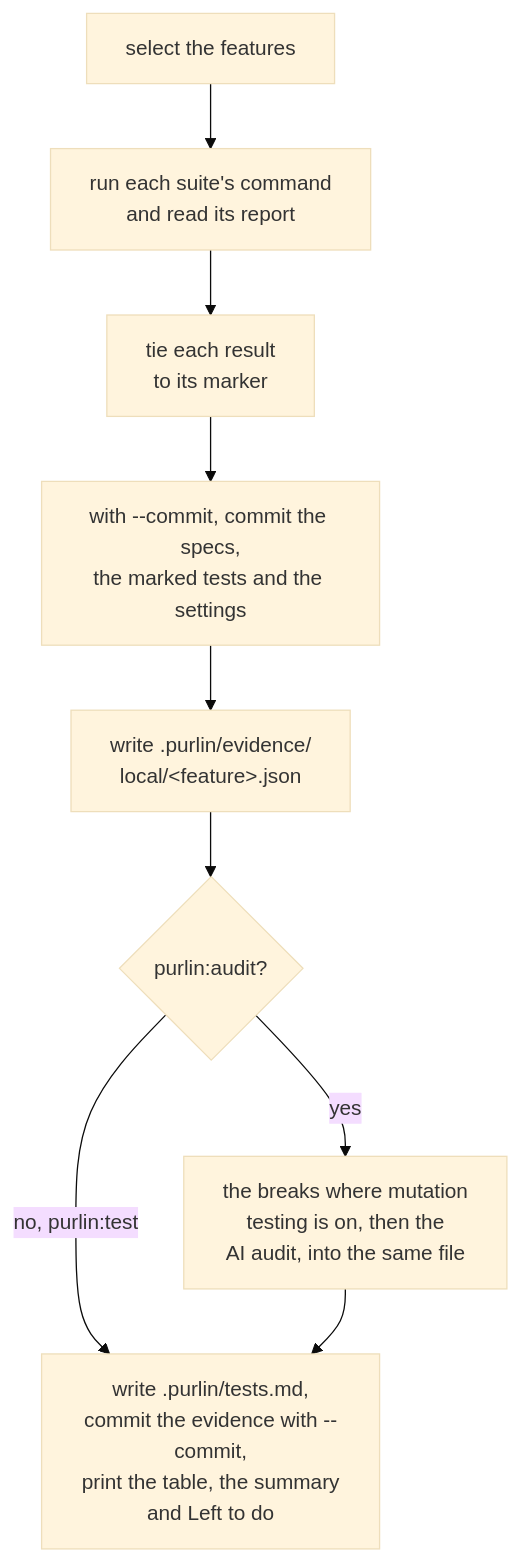
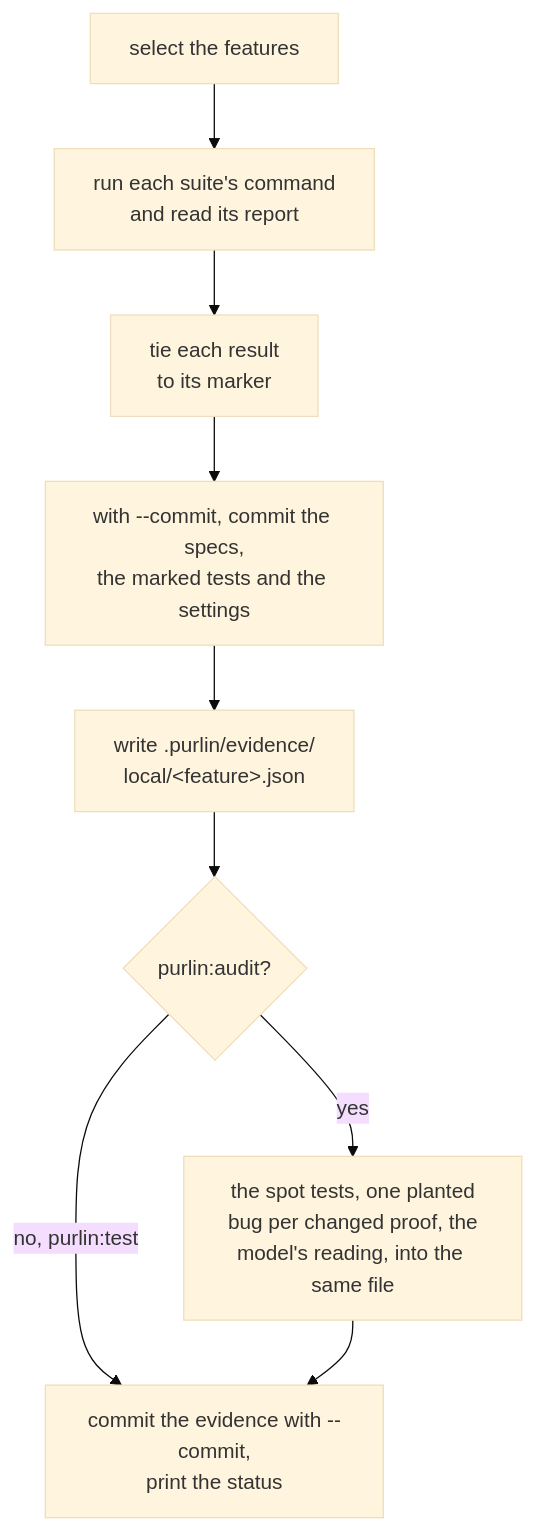
One commit to rlabarca/purlin changed the first of 2 diagrams in docs/running-and-evidence.md. Above: the diagram before and after it, drawn with Mermaid (base theme). The commit also changed other lines of this file and 16 other files, not shown here.

````diff
--- a/docs/running-and-evidence.md
+++ b/docs/running-and-evidence.md
@@ -281,11 +312,11 @@
 ```mermaid
 flowchart TD
     S["select the features"] --> R["run each suite's command<br>and read its report"]
     R --> M["tie each result<br>to its marker"]
     M --> C["with --commit, commit the specs,<br>the marked tests and the settings"]
     C --> W["write .purlin/evidence/<br>local/#lt;feature#gt;.json"]
     W --> Q{"purlin:audit?"}
-    Q -->|yes| A["the breaks where mutation<br>testing is on, then the<br>AI audit, into the same file"]
+    Q -->|yes| A["the spot tests, one planted<br>bug per changed proof, the<br>model's reading, into the same file"]
     Q -->|"no, purlin:test"| T
-    A --> T["write .purlin/tests.md,<br>commit the evidence with --commit,<br>print the table, the summary<br>and Left to do"]
+    A --> T["commit the evidence with --commit,<br>print the status"]
 ```
````
